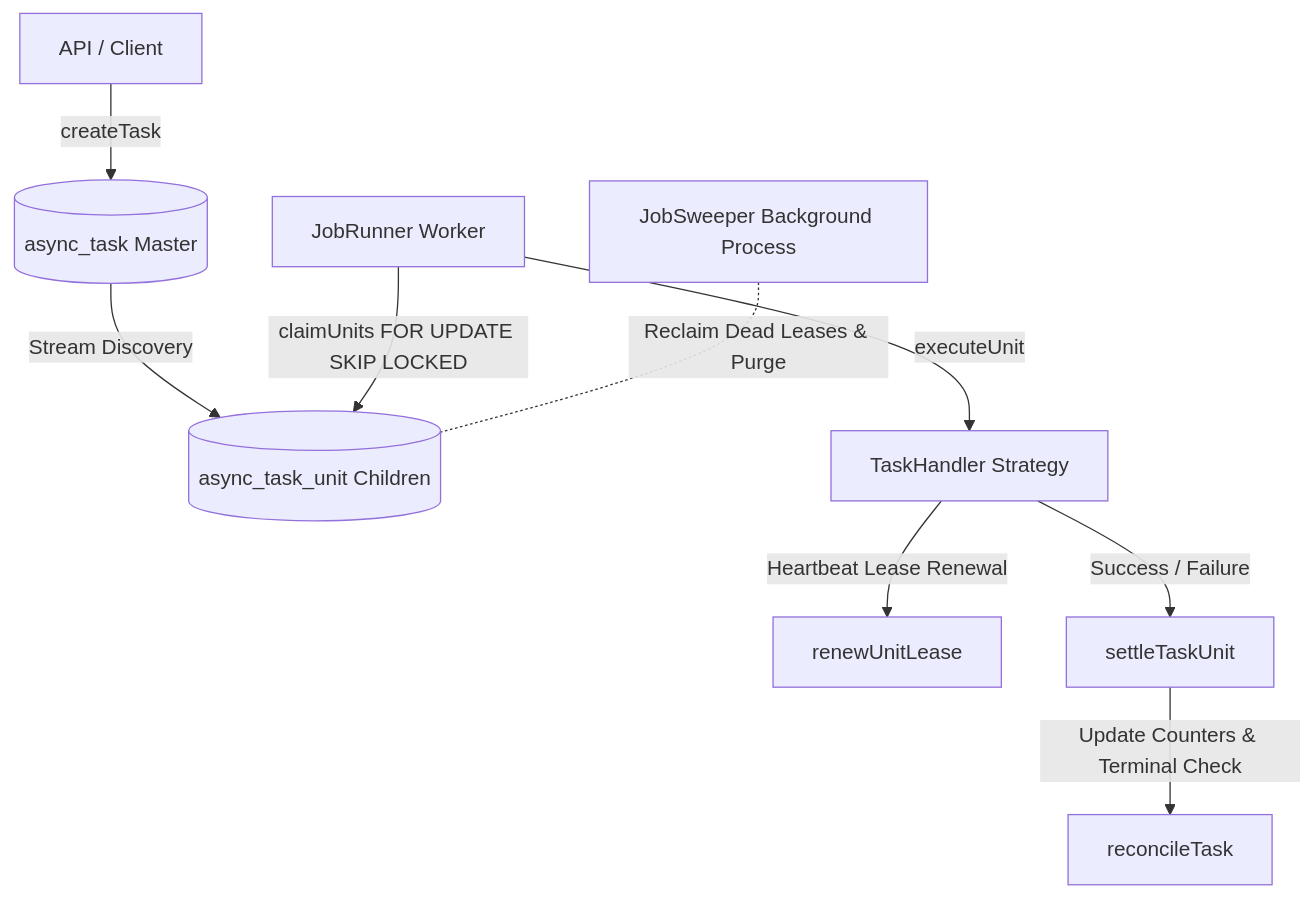
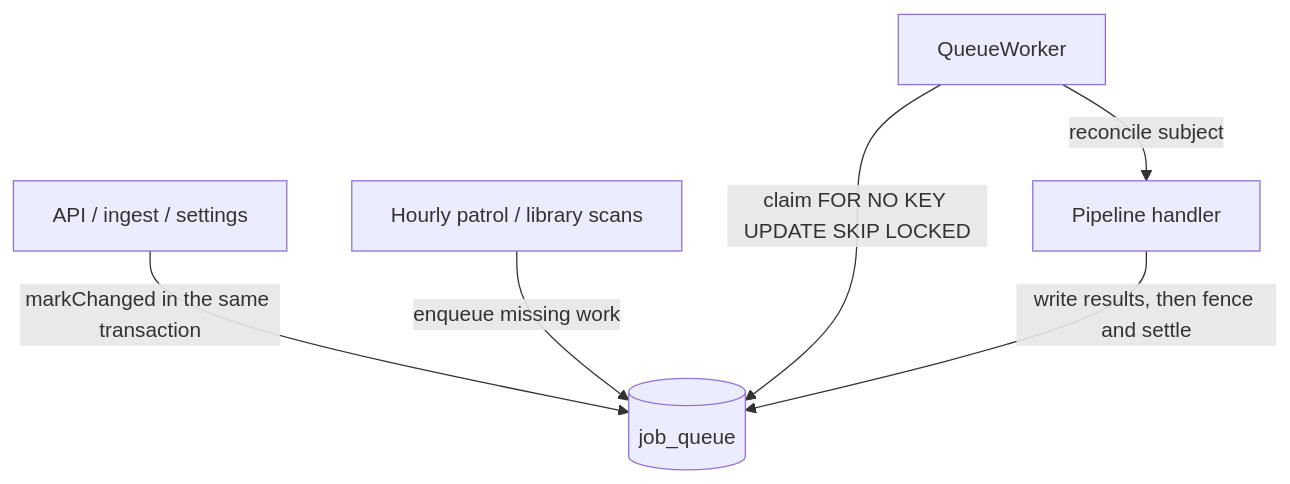
One commit to stariverr/stationary changed the second of 2 diagrams in docs/system_design.md. Above: the diagram before and after it, drawn with Mermaid. The commit also changed other lines of this file and 14 other files, not shown here.

First line of the commit message:
docs(jobs): describe the job queue instead of the retired engine

````diff
--- a/docs/system_design.md
+++ b/docs/system_design.md
@@ -121,11 +121,8 @@
 ```mermaid
 flowchart TD
-    A[API / Client] -->|createTask| B[(async_task Master)]
-    B -->|Stream Discovery| C[(async_task_unit Children)]
-    D[JobRunner Worker] -->|claimUnits FOR UPDATE SKIP LOCKED| C
-    D -->|executeUnit| E[TaskHandler Strategy]
-    E -->|Heartbeat Lease Renewal| F[renewUnitLease]
-    E -->|Success / Failure| G[settleTaskUnit]
-    G -->|Update Counters & Terminal Check| H[reconcileTask]
-    I[JobSweeper Background Process] -.-|Reclaim Dead Leases & Purge| C
+    A[API / ingest / settings] -->|markChanged in the same transaction| B[(job_queue)]
+    P[Hourly patrol / library scans] -->|enqueue missing work| B
+    W[QueueWorker] -->|claim FOR NO KEY UPDATE SKIP LOCKED| B
+    W -->|reconcile subject| H[Pipeline handler]
+    H -->|write results, then fence and settle| B
 ```
````
